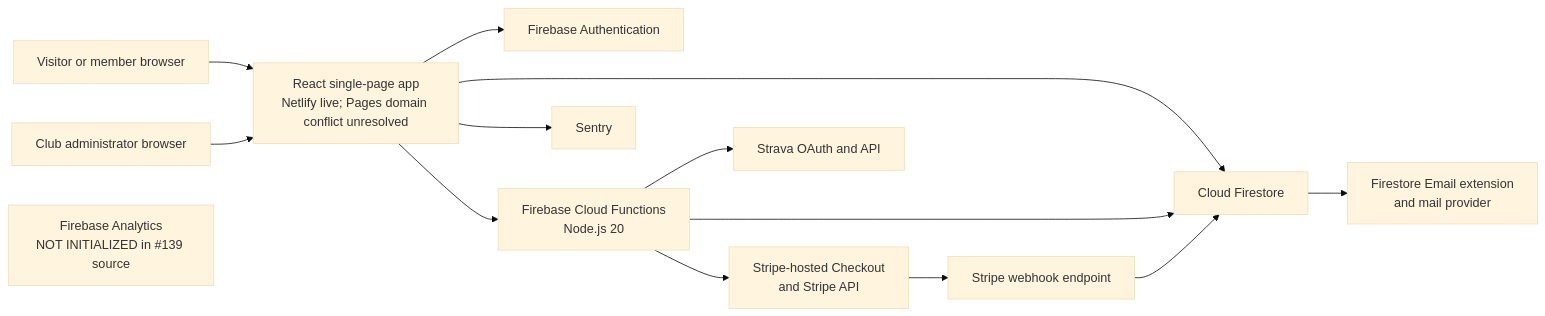
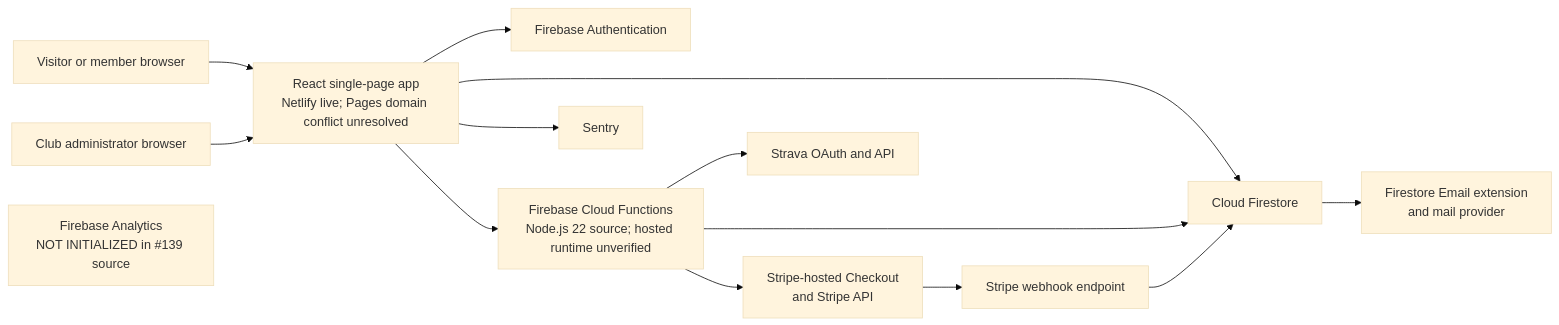
One commit to Run-MPRC/Run-MPRC.github.io changed the first of 55 diagrams in SYSTEM_DESIGN.md. Above: the diagram before and after it, drawn with Mermaid (base theme). The commit also changed other lines of this file and 22 other files, not shown here.

````diff
--- a/SYSTEM_DESIGN.md
+++ b/SYSTEM_DESIGN.md
@@ -55,28 +57,28 @@
 ```mermaid
 flowchart LR
     Visitor["Visitor or member browser"]
     Admin["Club administrator browser"]
     Web["React single-page app\nNetlify live; Pages domain conflict unresolved"]
     Auth["Firebase Authentication"]
     FS["Cloud Firestore"]
-    Fn["Firebase Cloud Functions\nNode.js 20"]
+    Fn["Firebase Cloud Functions\nNode.js 22 source; hosted runtime unverified"]
     Stripe["Stripe-hosted Checkout\nand Stripe API"]
     Hook["Stripe webhook endpoint"]
     Mail["Firestore Email extension\nand mail provider"]
     Strava["Strava OAuth and API"]
     Sentry["Sentry"]
     Analytics["Firebase Analytics\nNOT INITIALIZED in #139 source"]
 
     Visitor --> Web
     Admin --> Web
     Web --> Auth
     Web --> FS
     Web --> Fn
     Fn --> FS
     Fn --> Stripe
     Stripe --> Hook
     Hook --> FS
     FS --> Mail
     Fn --> Strava
     Web --> Sentry
 ```
````
